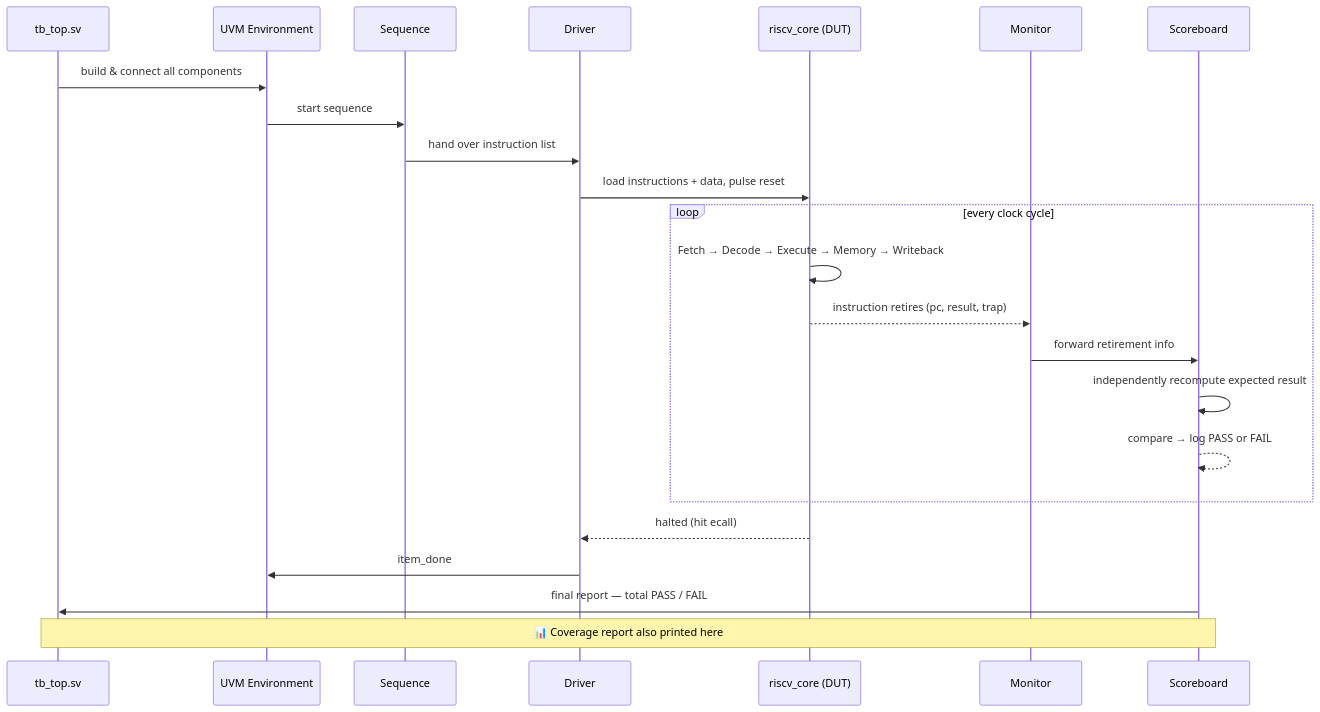
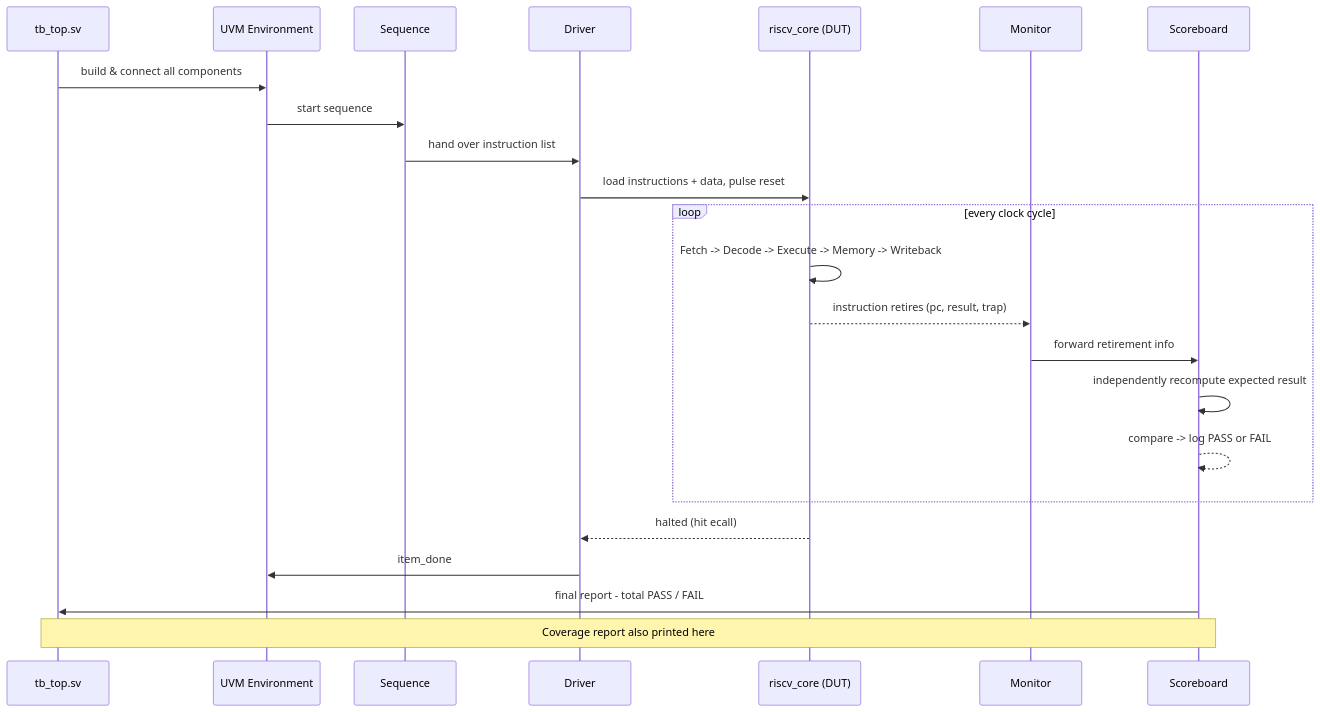
The seventh of 30 diagrams in RISC-V/README.md (hjsanjana/rtl-design-practice), drawn with Mermaid before and after one commit. The commit also changed other lines of this file, not shown here.

````diff
--- a/RISC-V/README.md
+++ b/RISC-V/README.md
@@ -222,26 +185,26 @@
 ```mermaid
 sequenceDiagram
     participant TB as tb_top.sv
     participant ENV as UVM Environment
     participant SEQ as Sequence
     participant DRV as Driver
     participant CPU as riscv_core (DUT)
     participant MON as Monitor
     participant SCB as Scoreboard
 
     TB->>ENV: build & connect all components
     ENV->>SEQ: start sequence
     SEQ->>DRV: hand over instruction list
     DRV->>CPU: load instructions + data, pulse reset
     loop every clock cycle
-        CPU->>CPU: Fetch → Decode → Execute → Memory → Writeback
+        CPU->>CPU: Fetch -> Decode -> Execute -> Memory -> Writeback
         CPU-->>MON: instruction retires (pc, result, trap)
         MON->>SCB: forward retirement info
         SCB->>SCB: independently recompute expected result
-        SCB-->>SCB: compare → log PASS or FAIL
+        SCB-->>SCB: compare -> log PASS or FAIL
     end
     CPU-->>DRV: halted (hit ecall)
     DRV->>ENV: item_done
-    SCB->>TB: final report — total PASS / FAIL
-    Note over SCB,TB: 📊 Coverage report also printed here
+    SCB->>TB: final report - total PASS / FAIL
+    Note over SCB,TB: Coverage report also printed here
 ```
````
